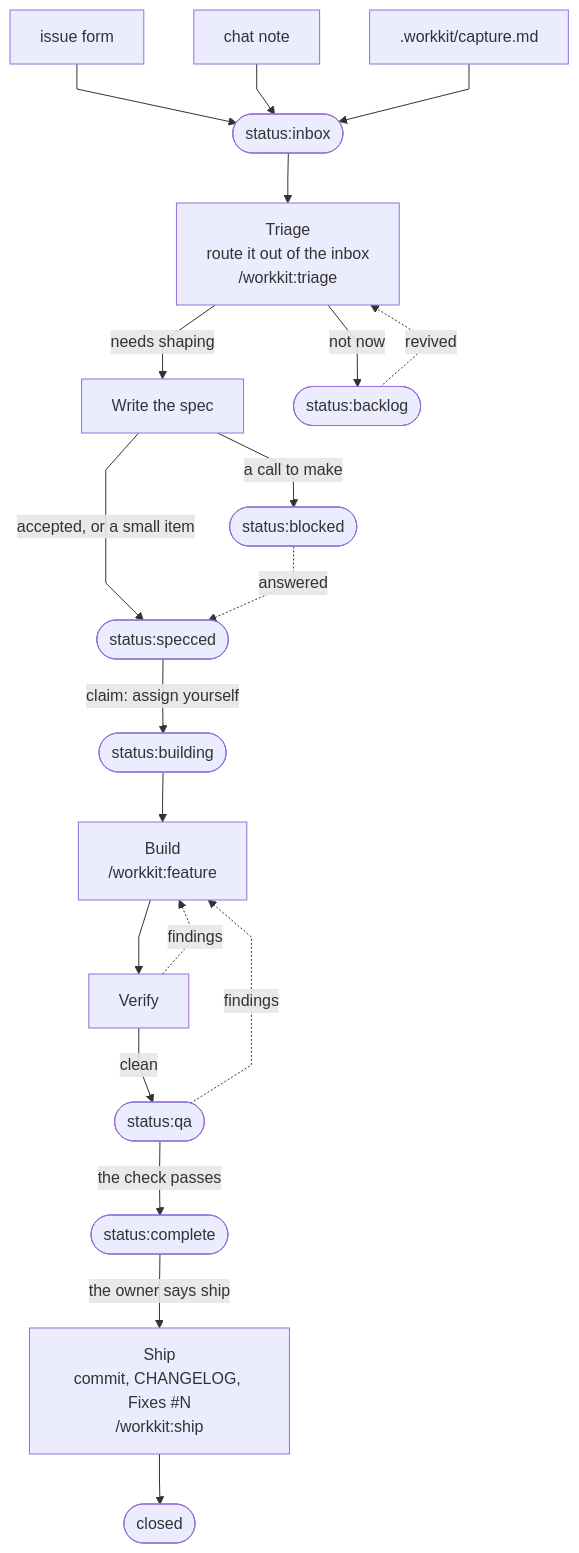
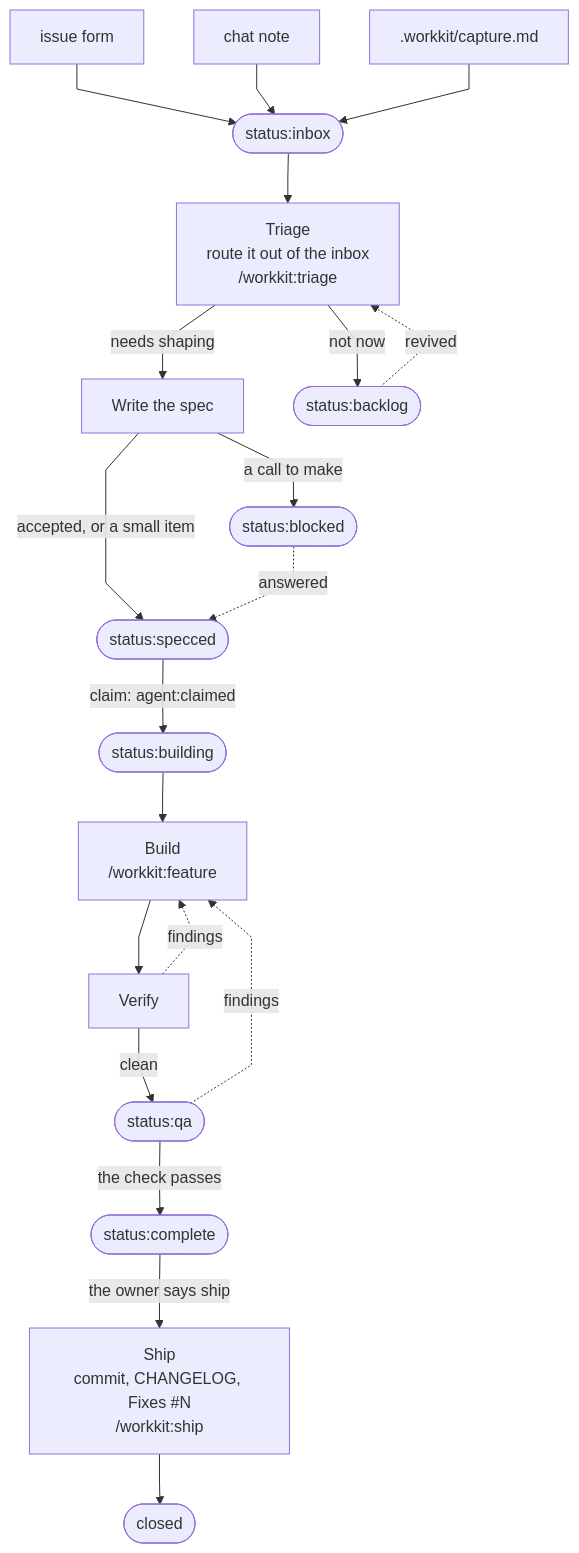
One commit to itw-creative-works/workkit changed the diagram in docs/project-state.md. Above: the diagram before and after it, drawn with Mermaid. The commit also changed other lines of this file and 63 other files, not shown here.

````diff
--- a/docs/project-state.md
+++ b/docs/project-state.md
@@ -77,23 +77,23 @@
 ```mermaid
 %%{init: {"flowchart": {"curve": "linear"}}}%%
 flowchart TB
     Form["issue form"] --> Inbox([status:inbox])
     Note["chat note"] --> Inbox
     File[".workkit/capture.md"] --> Inbox
     Inbox --> Triage["Triage<br>route it out of the inbox<br>/workkit:triage"]
     Triage -->|needs shaping| Spec["Write the spec"]
     Triage -->|not now| Backlog([status:backlog])
     Backlog -.->|revived| Triage
     Spec -->|accepted, or a small item| Specced([status:specced])
     Spec -->|a call to make| Blocked([status:blocked])
     Blocked -.->|answered| Specced
-    Specced -->|claim: assign yourself| Building([status:building])
+    Specced -->|claim: agent:claimed| Building([status:building])
     Building --> Build["Build<br>/workkit:feature"]
     Build --> Verify["Verify"]
     Verify -.->|findings| Build
     Verify -->|clean| QA([status:qa])
     QA -.->|findings| Build
     QA -->|the check passes| Complete([status:complete])
     Complete -->|the owner says ship| Ship["Ship<br>commit, CHANGELOG, Fixes #N<br>/workkit:ship"]
     Ship --> Closed([closed])
 ```
````
